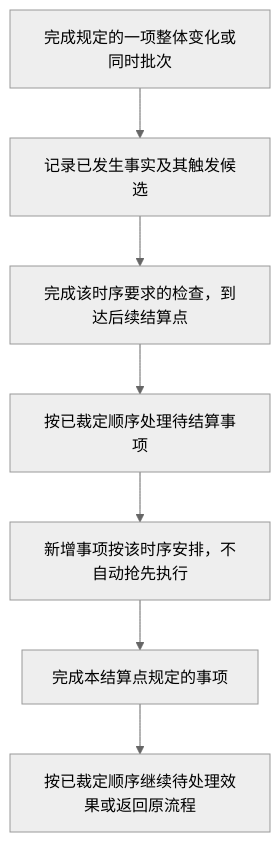
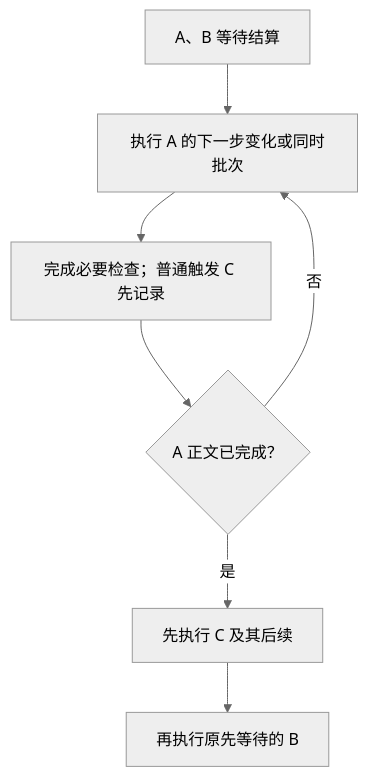
Before and after one commit to Time-Block-Hero/tbh-website: the second of 2 diagrams in docs/rules/common/effects.md, drawn with Mermaid (neutral theme). The commit also changed other lines of this file and 16 other files, not shown here.

````diff
--- a/docs/rules/common/effects.md
+++ b/docs/rules/common/effects.md
@@ -123,9 +123,9 @@
 ```mermaid
 flowchart TD
-  change["完成规定的一项整体变化或同时批次"] --> record["记录已发生事实及其触发候选"]
-  record --> checkpoint["完成该时序要求的检查，到达后续结算点"]
-  checkpoint --> pending["按已裁定顺序处理待结算事项"]
-  pending --> schedule["新增事项按该时序安排，不自动抢先执行"]
-  schedule --> complete["完成本结算点规定的事项"]
-  complete --> resume["按已裁定顺序继续待处理效果或返回原流程"]
+  start["A、B 等待结算"] --> step["执行 A 的下一步变化或同时批次"]
+  step --> checks["完成必要检查；普通触发 C 先记录"]
+  checks --> done{"A 正文已完成？"}
+  done -->|否| step
+  done -->|是| child["先执行 C 及其后续"]
+  child --> sibling["再执行原先等待的 B"]
 ```
````
